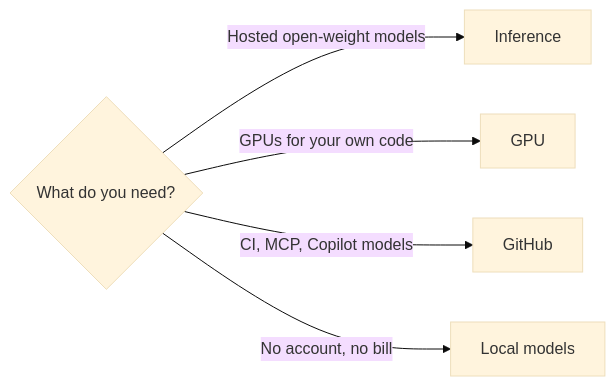
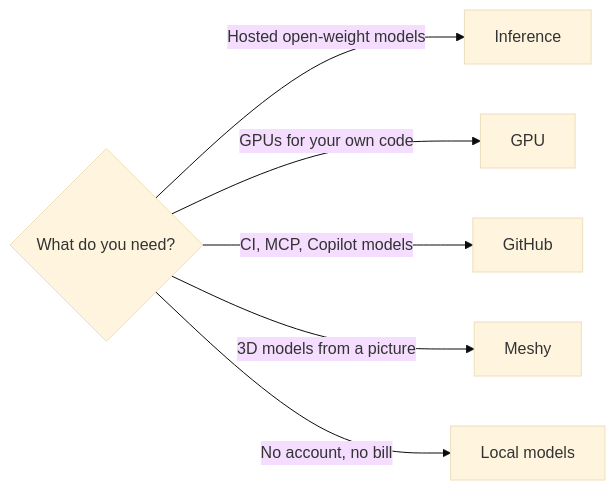
Before and after one commit to SoulCraft-Org/compute-crafter: the diagram in guides/README.md, drawn with Mermaid (base theme). The commit also changed other lines of this file and 6 other files, not shown here.

First line of the commit message:
Guides: add Meshy (picture or prompt to rigged 3D) with plan and sign-in rows (#157)

````diff
--- a/guides/README.md
+++ b/guides/README.md
@@ -5,7 +5,8 @@
 ```mermaid
 flowchart LR
   Q{What do you need?} -->|Hosted open-weight models| I[Inference]
   Q -->|GPUs for your own code| G[GPU]
   Q -->|CI, MCP, Copilot models| T[GitHub]
+  Q -->|3D models from a picture| D[Meshy]
   Q -->|No account, no bill| M[Local models]
 ```
````
